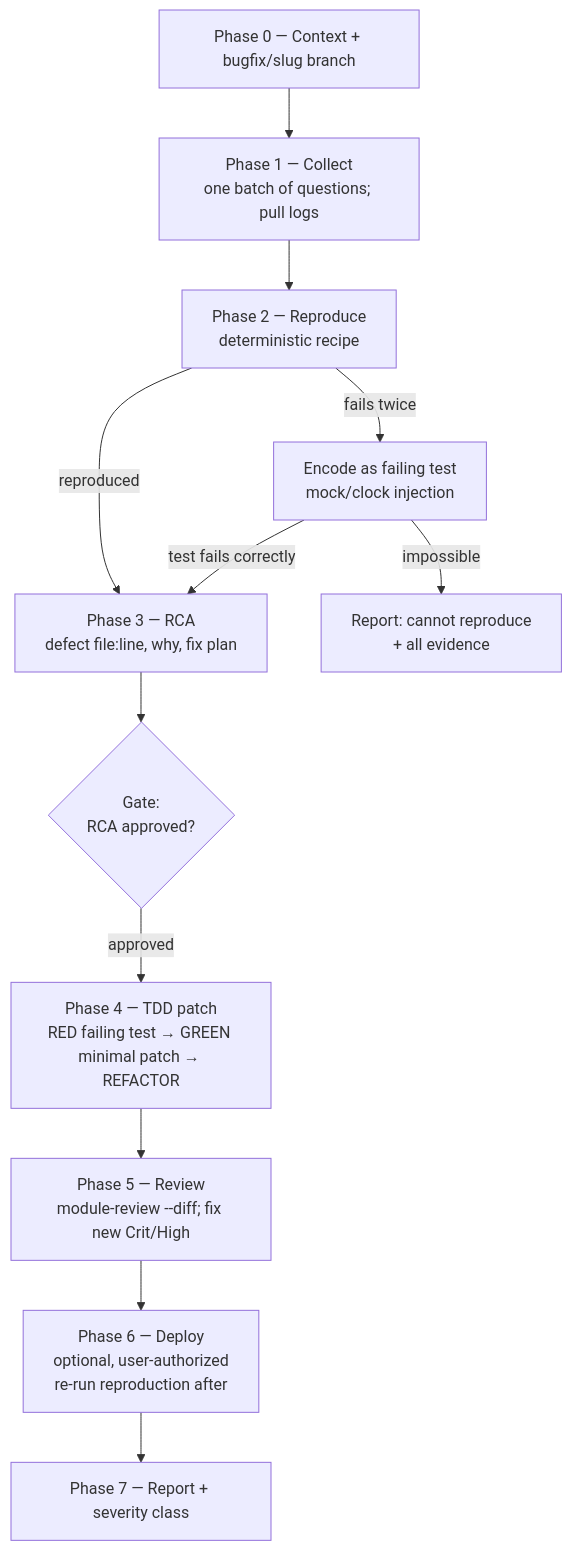
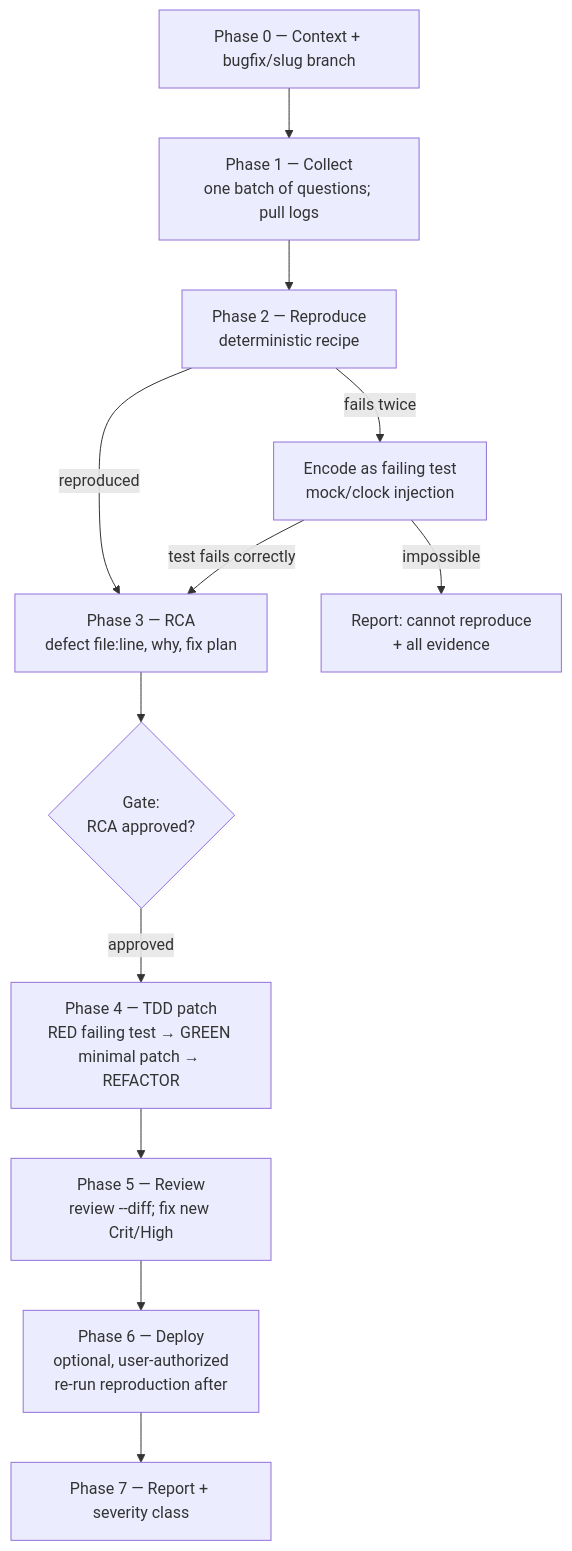
One commit to 5mehulhelp5/magento2-tools-muon-m2 changed the third of 8 diagrams in docs/flows-and-scenarios.md. Above: the diagram before and after it, drawn with Mermaid. The commit also changed other lines of this file and 37 other files, not shown here.

````diff
--- a/docs/flows-and-scenarios.md
+++ b/docs/flows-and-scenarios.md
@@ -164,15 +180,15 @@
 ```mermaid
 flowchart TD
     P0[Phase 0 — Context + bugfix/slug branch] --> P1
     P1[Phase 1 — Collect<br/>one batch of questions; pull logs] --> P2
     P2[Phase 2 — Reproduce<br/>deterministic recipe] -->|fails twice| ALT[Encode as failing test<br/>mock/clock injection]
     ALT -->|test fails correctly| P3
     ALT -->|impossible| CNR[Report: cannot reproduce<br/>+ all evidence]
     P2 -->|reproduced| P3
     P3[Phase 3 — RCA<br/>defect file:line, why, fix plan] --> G{Gate:<br/>RCA approved?}
     G -->|approved| P4
     P4[Phase 4 — TDD patch<br/>RED failing test → GREEN minimal patch → REFACTOR] --> P5
-    P5[Phase 5 — Review<br/>module-review --diff; fix new Crit/High] --> P6
+    P5[Phase 5 — Review<br/>review --diff; fix new Crit/High] --> P6
     P6[Phase 6 — Deploy<br/>optional, user-authorized<br/>re-run reproduction after] --> P7
     P7[Phase 7 — Report + severity class]
 ```
````
